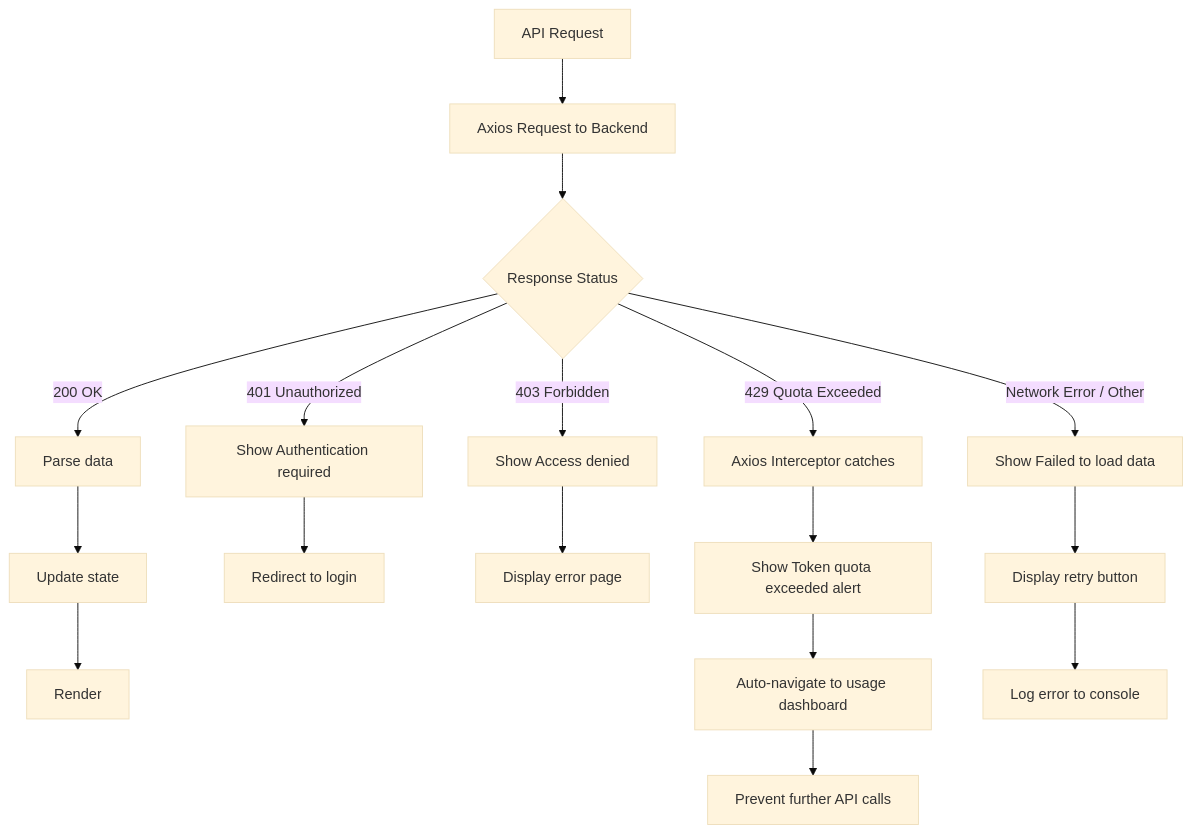
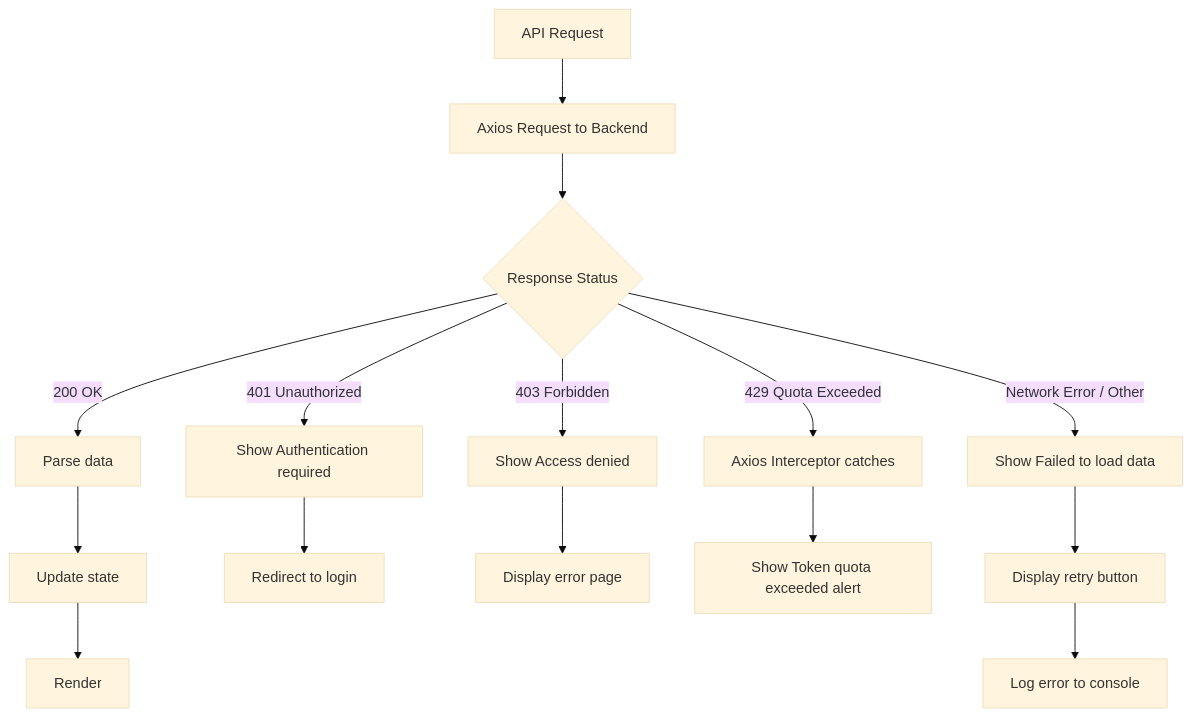
Before and after one commit to elis-salobehaj/mediquery-ai: the third of 3 diagrams in docs/humans/designs/frontend_architecture.md, drawn with Mermaid (base theme). The commit also changed other lines of this file and 39 other files, not shown here.

````diff
--- a/docs/humans/designs/frontend_architecture.md
+++ b/docs/humans/designs/frontend_architecture.md
@@ -185,23 +166,21 @@
 ```mermaid
 flowchart TD
     A[API Request] --> B[Axios Request to Backend]
     B --> C{Response Status}
     C -->|200 OK| D[Parse data]
     D --> E[Update state]
     E --> F[Render]
     
     C -->|401 Unauthorized| G[Show Authentication required]
     G --> H[Redirect to login]
     
     C -->|403 Forbidden| I[Show Access denied]
     I --> J[Display error page]
     
     C -->|429 Quota Exceeded| K[Axios Interceptor catches]
     K --> L[Show Token quota exceeded alert]
-    L --> M[Auto-navigate to usage dashboard]
-    M --> N[Prevent further API calls]
     
     C -->|Network Error / Other| O[Show Failed to load data]
     O --> P[Display retry button]
     P --> Q[Log error to console]
 ```
````
